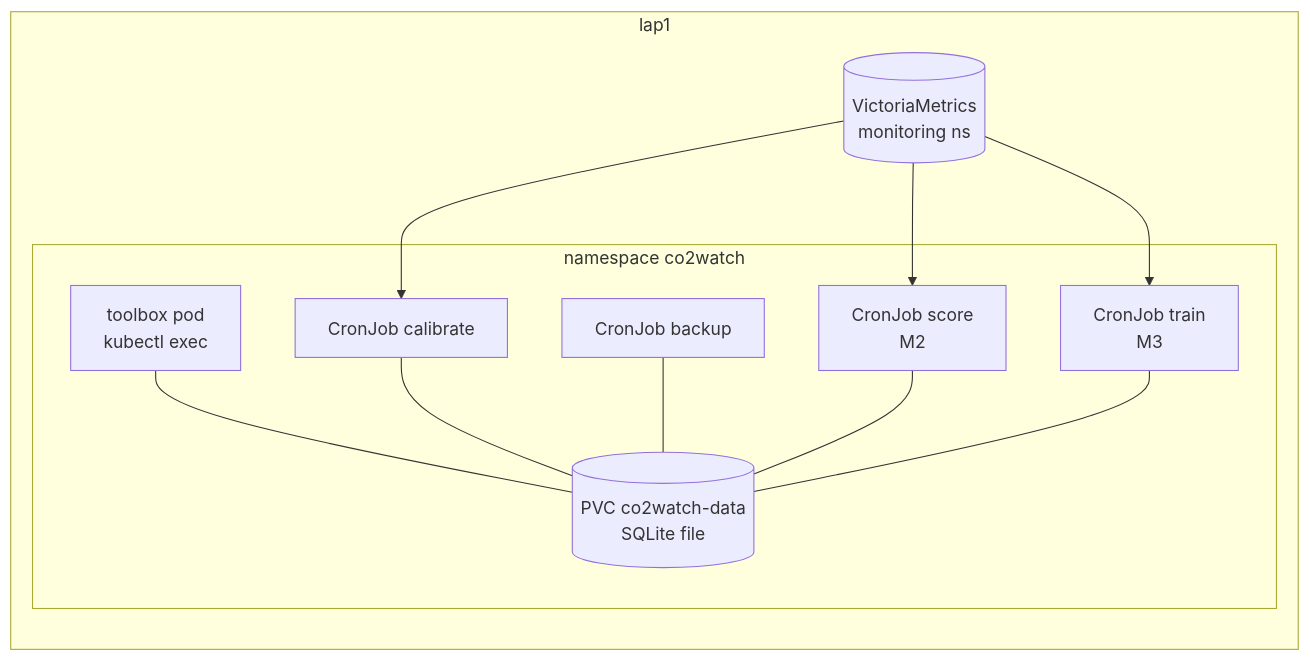
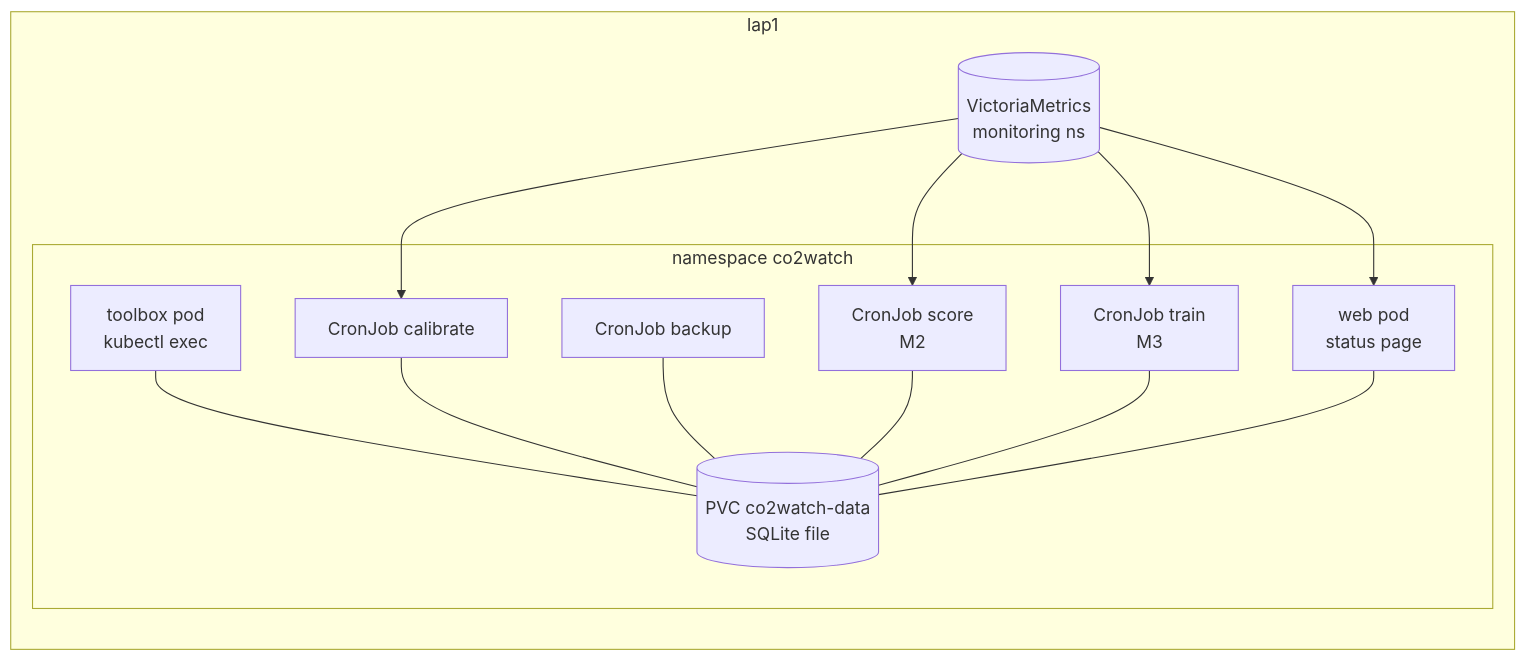
The diagram in docs/deploy.md (Justleen/co2_rgbsensor_reading), drawn with Mermaid before and after one commit. The commit also changed other lines of this file and 15 other files, not shown here.

First line of the commit message:
Status page: co2watch serve (instead of Grafana)

````diff
--- a/docs/deploy.md
+++ b/docs/deploy.md
@@ -20,16 +21,17 @@
 ```mermaid
 flowchart LR
   subgraph lap1
     VM[(VictoriaMetrics<br/>monitoring ns)]
     subgraph ns["namespace co2watch"]
       TB[toolbox pod<br/>kubectl exec]
+      WEB[web pod<br/>status page]
       CAL[CronJob calibrate]
       BK[CronJob backup]
       SC[CronJob score<br/>M2]
       TR[CronJob train<br/>M3]
       PVC[(PVC co2watch-data<br/>SQLite file)]
     end
   end
-  VM --> CAL & SC & TR
-  TB & CAL & BK & SC & TR --- PVC
+  VM --> CAL & SC & TR & WEB
+  TB & CAL & BK & SC & TR & WEB --- PVC
 ```
````
